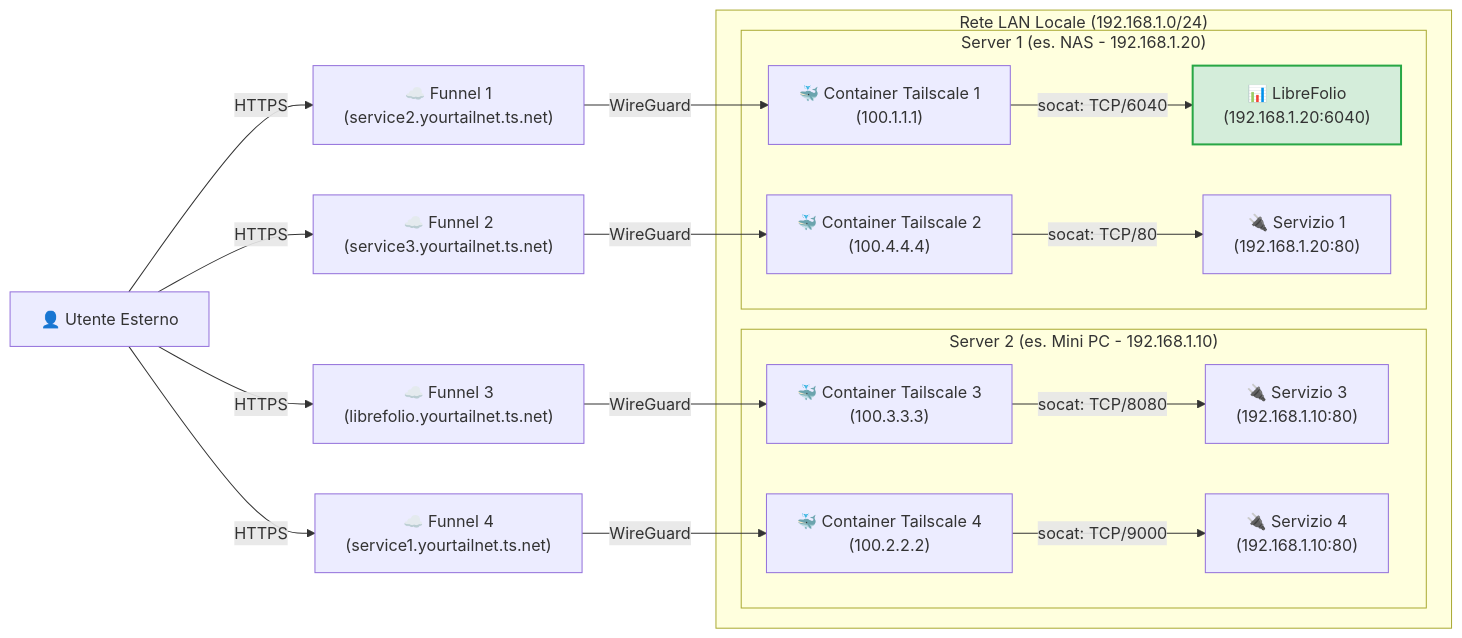
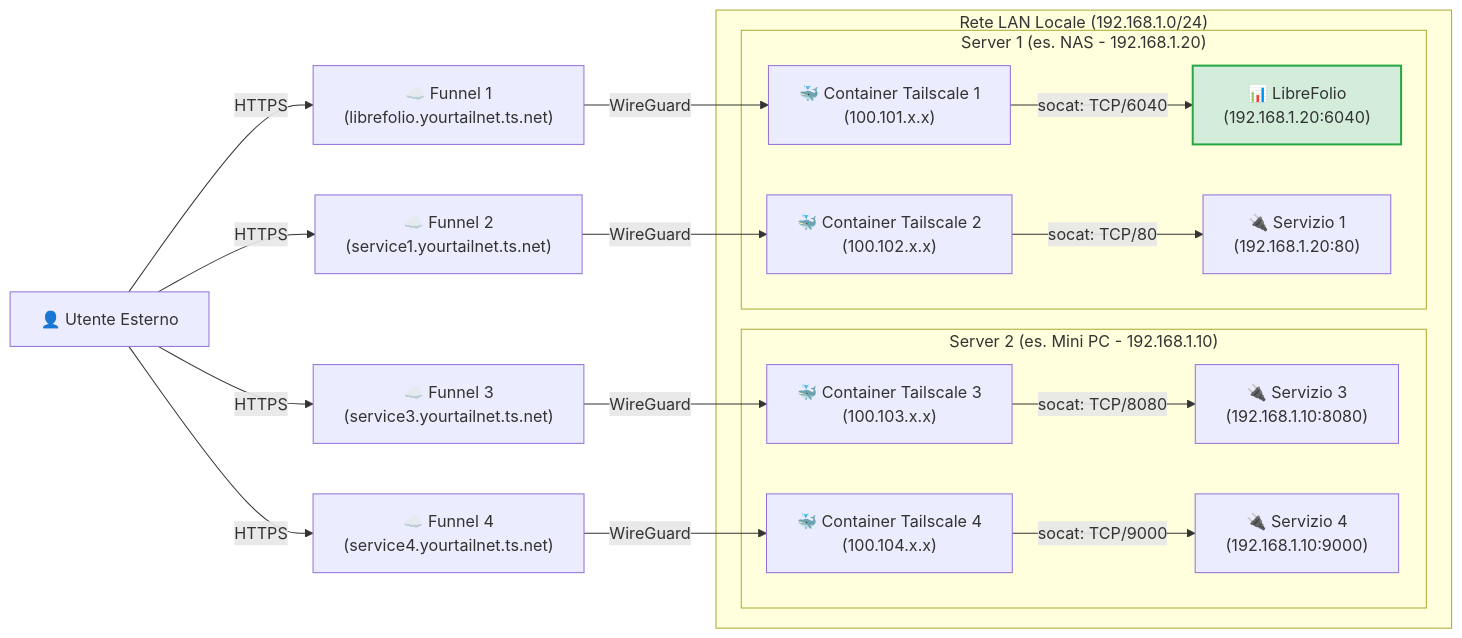
Before and after one commit to Librefolio/LibreFolio: the fifth of 5 diagrams in mkdocs_src/docs/admin/service_exposure.it.md, drawn with Mermaid. The commit also changed other lines of this file and 6 other files, not shown here.

````diff
--- a/mkdocs_src/docs/admin/service_exposure.it.md
+++ b/mkdocs_src/docs/admin/service_exposure.it.md
@@ -377,24 +377,24 @@
 ```mermaid
 graph LR
- User["👤 Utente Esterno"] -->|HTTPS| Funnel1["☁️ Funnel 1<br>(service2.yourtailnet.ts.net)"]
- User -->|HTTPS| Funnel2["☁️ Funnel 2<br>(service3.yourtailnet.ts.net)"]
- User -->|HTTPS| Funnel3["☁️ Funnel 3<br>(librefolio.yourtailnet.ts.net)"]
- User -->|HTTPS| Funnel4["☁️ Funnel 4<br>(service1.yourtailnet.ts.net)"]
+ User["👤 Utente Esterno"] -->|HTTPS| Funnel1["☁️ Funnel 1<br>(librefolio.yourtailnet.ts.net)"]
+ User -->|HTTPS| Funnel2["☁️ Funnel 2<br>(service1.yourtailnet.ts.net)"]
+ User -->|HTTPS| Funnel3["☁️ Funnel 3<br>(service3.yourtailnet.ts.net)"]
+ User -->|HTTPS| Funnel4["☁️ Funnel 4<br>(service4.yourtailnet.ts.net)"]
  
- Funnel1 -->|WireGuard| TSC1["🐳 Container Tailscale 1<br>(100.1.1.1)"]
- Funnel2 -->|WireGuard| TSC2["🐳 Container Tailscale 2<br>(100.4.4.4)"]
- Funnel3 -->|WireGuard| TSC3["🐳 Container Tailscale 3<br>(100.3.3.3)"]
- Funnel4 -->|WireGuard| TSC4["🐳 Container Tailscale 4<br>(100.2.2.2)"]
+ Funnel1 -->|WireGuard| TSC1["🐳 Container Tailscale 1<br>(100.101.x.x)"]
+ Funnel2 -->|WireGuard| TSC2["🐳 Container Tailscale 2<br>(100.102.x.x)"]
+ Funnel3 -->|WireGuard| TSC3["🐳 Container Tailscale 3<br>(100.103.x.x)"]
+ Funnel4 -->|WireGuard| TSC4["🐳 Container Tailscale 4<br>(100.104.x.x)"]
  
  subgraph LAN ["Rete LAN Locale (192.168.1.0/24)"]
  subgraph Host2 ["Server 2 (es. Mini PC - 192.168.1.10)"]
- TSC3 -->|socat: TCP/8080| Service3["🔌 Servizio 3<br>(192.168.1.10:80)"]
- TSC4 -->|socat: TCP/9000| Service4["🔌 Servizio 4<br>(192.168.1.10:80)"]
+ TSC3 -->|socat: TCP/8080| Service3["🔌 Servizio 3<br>(192.168.1.10:8080)"]
+ TSC4 -->|socat: TCP/9000| Service4["🔌 Servizio 4<br>(192.168.1.10:9000)"]
  end
  subgraph Host1 ["Server 1 (es. NAS - 192.168.1.20)"]
  TSC1 -->|socat: TCP/6040| LibreFolio["📊 LibreFolio<br>(192.168.1.20:6040)"]
  TSC2 -->|socat: TCP/80| Service1["🔌 Servizio 1<br>(192.168.1.20:80)"]
  end
  end
  style LibreFolio fill:#d4edda,stroke:#28a745,stroke-width:2px;
 ```
````
